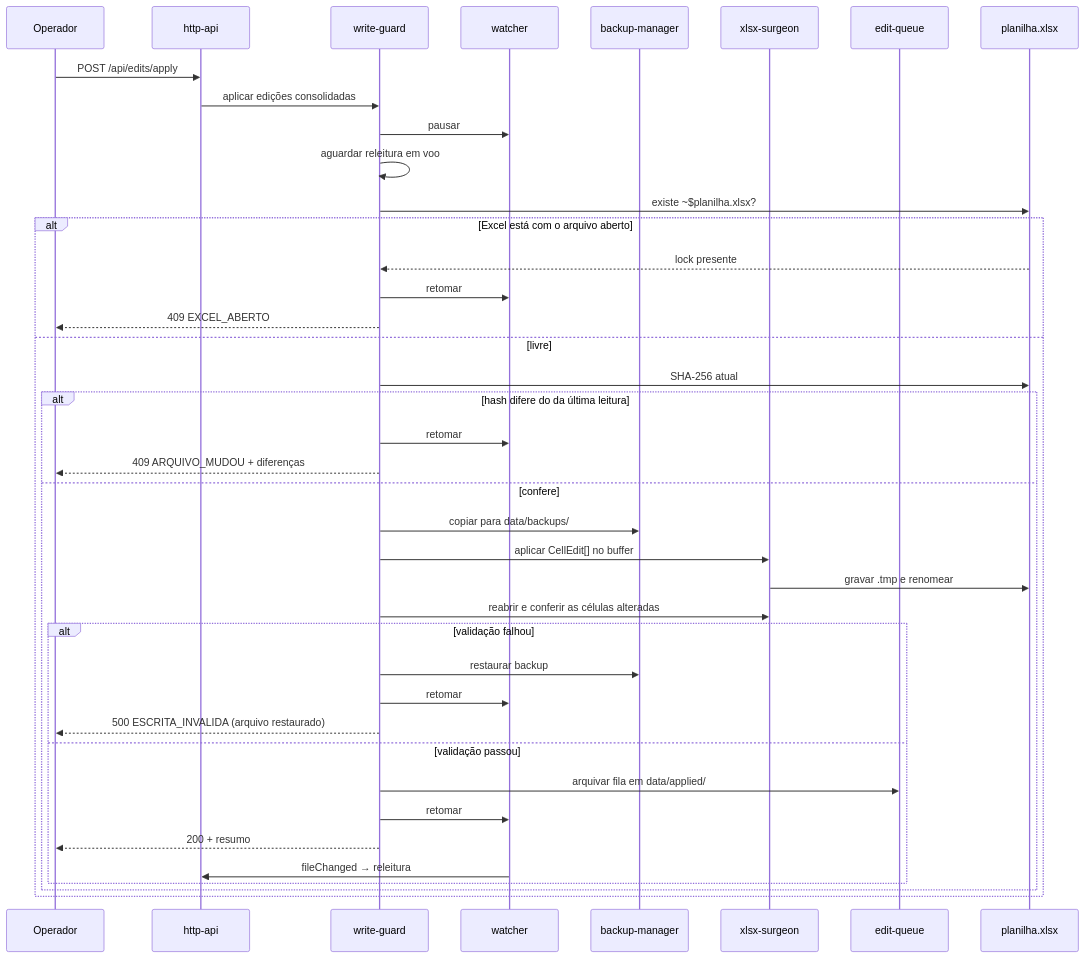
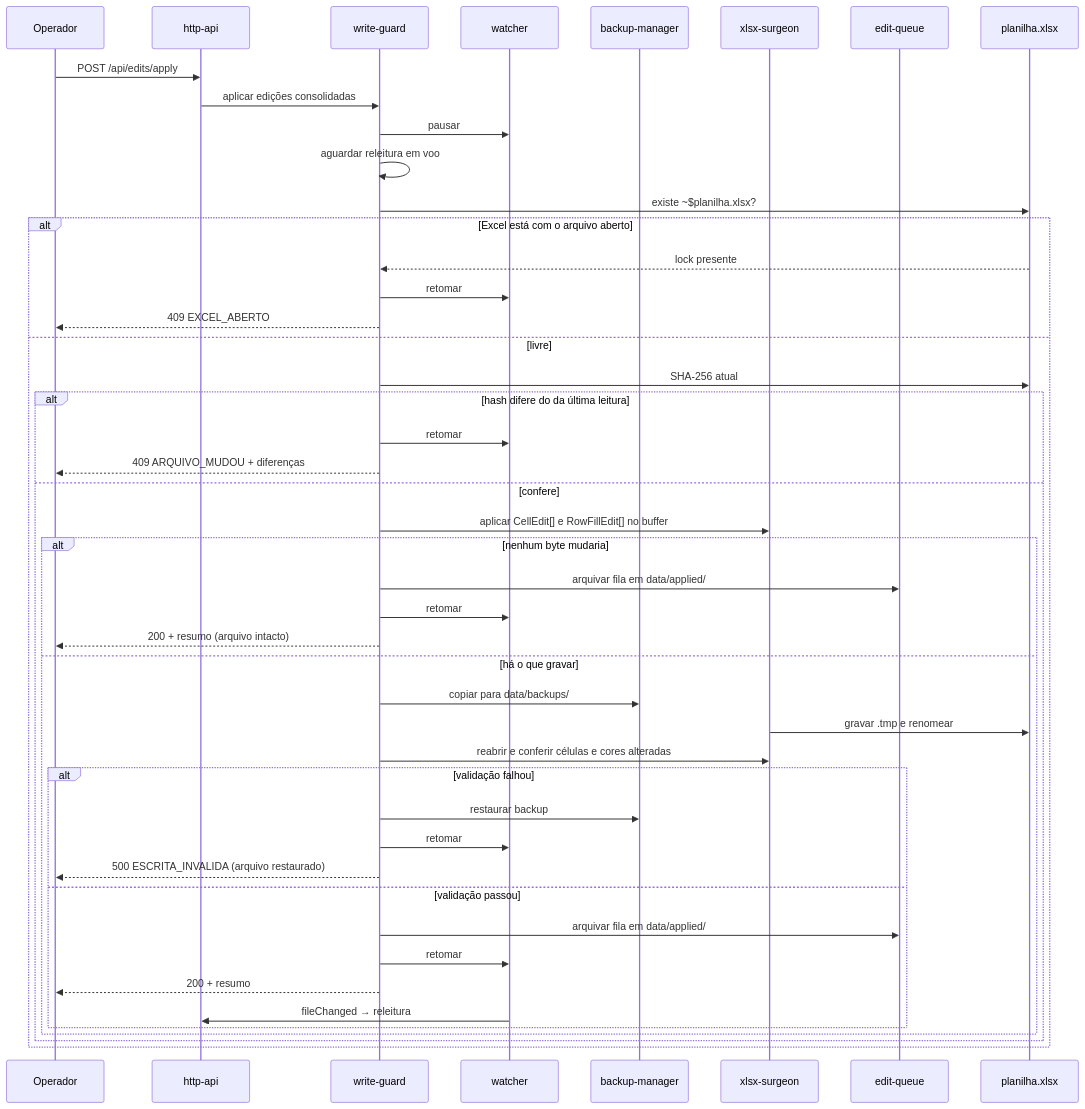
The fifth of 6 diagrams in docs/04-arquitetura.md (rodrigo-norys/cronoscomex), drawn with Mermaid before and after one commit. The commit also changed other lines of this file and 14 other files, not shown here.

````diff
--- a/docs/04-arquitetura.md
+++ b/docs/04-arquitetura.md
@@ -201,43 +201,49 @@
 ```mermaid
 sequenceDiagram
     participant U as Operador
     participant API as http-api
     participant G as write-guard
     participant W as watcher
     participant B as backup-manager
     participant S as xlsx-surgeon
     participant Q as edit-queue
     participant F as planilha.xlsx
 
     U->>API: POST /api/edits/apply
     API->>G: aplicar edições consolidadas
     G->>W: pausar
     G->>G: aguardar releitura em voo
     G->>F: existe ~$planilha.xlsx?
     alt Excel está com o arquivo aberto
         F-->>G: lock presente
         G->>W: retomar
         G-->>U: 409 EXCEL_ABERTO
     else livre
         G->>F: SHA-256 atual
         alt hash difere do da última leitura
             G->>W: retomar
             G-->>U: 409 ARQUIVO_MUDOU + diferenças
         else confere
-            G->>B: copiar para data/backups/
-            G->>S: aplicar CellEdit[] no buffer
-            S->>F: gravar .tmp e renomear
-            G->>S: reabrir e conferir as células alteradas
-            alt validação falhou
-                G->>B: restaurar backup
-                G->>W: retomar
-                G-->>U: 500 ESCRITA_INVALIDA (arquivo restaurado)
-            else validação passou
+            G->>S: aplicar CellEdit[] e RowFillEdit[] no buffer
+            alt nenhum byte mudaria
                 G->>Q: arquivar fila em data/applied/
                 G->>W: retomar
-                G-->>U: 200 + resumo
-                W->>API: fileChanged → releitura
+                G-->>U: 200 + resumo (arquivo intacto)
+            else há o que gravar
+                G->>B: copiar para data/backups/
+                S->>F: gravar .tmp e renomear
+                G->>S: reabrir e conferir células e cores alteradas
+                alt validação falhou
+                    G->>B: restaurar backup
+                    G->>W: retomar
+                    G-->>U: 500 ESCRITA_INVALIDA (arquivo restaurado)
+                else validação passou
+                    G->>Q: arquivar fila em data/applied/
+                    G->>W: retomar
+                    G-->>U: 200 + resumo
+                    W->>API: fileChanged → releitura
+                end
             end
         end
     end
 ```
````
